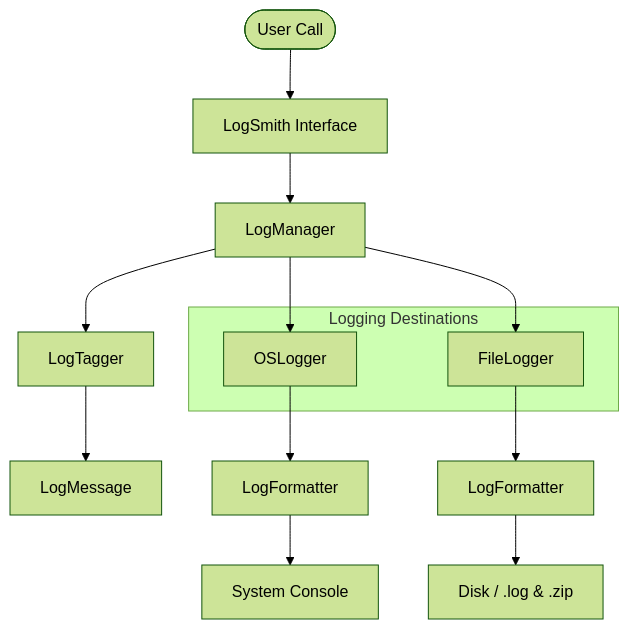
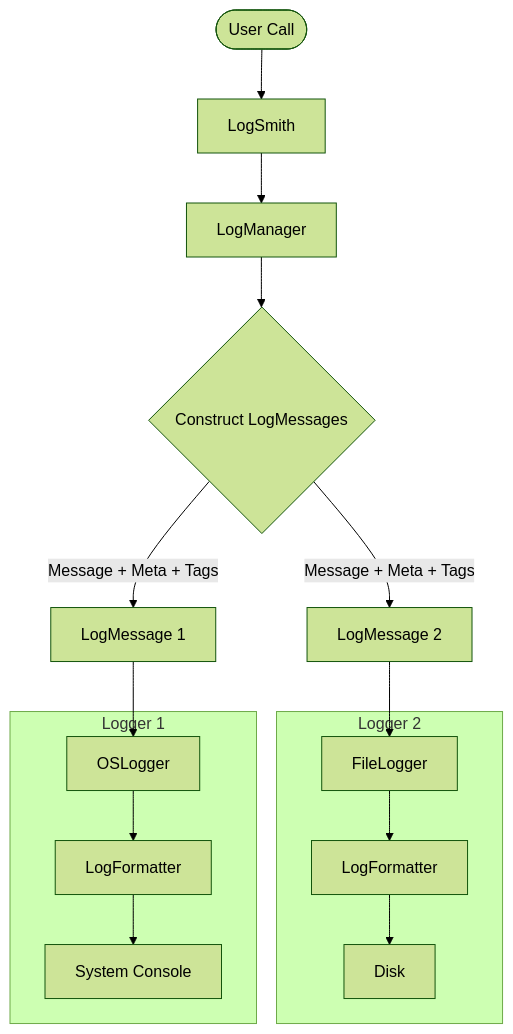
Before and after one commit to eeshanjamal/swift-logsmith: the diagram in README.md, drawn with Mermaid (forest theme). The commit also changed other lines of this file, not shown here.

````diff
--- a/README.md
+++ b/README.md
@@ -120,20 +120,24 @@
 ```mermaid
 graph TD
-    User([User Call]) --> LogSmith[LogSmith Interface]
+    User([User Call]) --> LogSmith[LogSmith]
     LogSmith --> LogManager[LogManager]
-    LogManager --> Tagger[LogTagger]
-    Tagger --> Message[LogMessage]
-    LogManager --> Dest1[OSLogger]
-    LogManager --> Dest2[FileLogger]
+
+    LogManager --> Construct{Construct LogMessages}
     
-    subgraph Logging Destinations
-        Dest1
-        Dest2
+    Construct -->|Message + Meta + Tags| Message1[LogMessage 1]
+    Construct -->|Message + Meta + Tags| Message2[LogMessage 2]
+
+    Message1 --> Dest1[OSLogger]
+    Message2 --> Dest2[FileLogger]
+
+    subgraph "Logger 2"
+        Dest2 --> Formatter2[LogFormatter]
+        Formatter2 --> Output2[Disk]
+    end
+
+    subgraph "Logger 1"
+        Dest1 --> Formatter1[LogFormatter]
+        Formatter1 --> Output1[System Console]
     end
     
-    Dest1 --> Formatter1[LogFormatter]
-    Dest2 --> Formatter2[LogFormatter]
-    
-    Formatter1 --> Output1[System Console]
-    Formatter2 --> Output2[Disk / .log & .zip]
 ```
````
